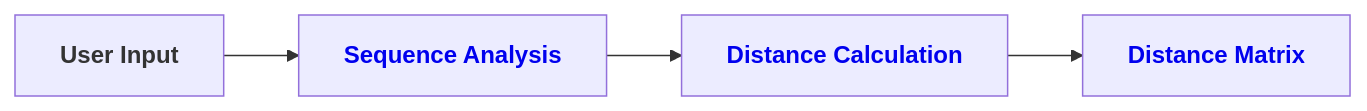
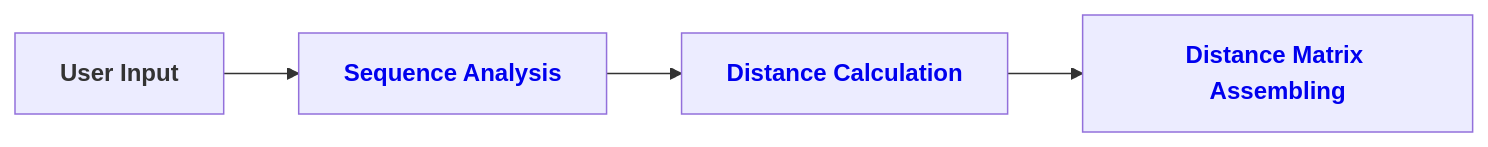
One commit to DiltheyLab/GENTRAIN changed the first of 2 diagrams in documentation/docs/developers/data_management.md. Above: the diagram before and after it, drawn with Mermaid. The commit also changed other lines of this file, not shown here.

````diff
--- a/documentation/docs/developers/data_management.md
+++ b/documentation/docs/developers/data_management.md
@@ -32,6 +44,6 @@
 ```mermaid
 graph LR
 A[<b>User Input</b>]-->B[<b><a href='#sequence-analysis' style="text-decoration: none;">Sequence Analysis</a></b>]
 B -->C[<b><a href='#distance-calculation' style="text-decoration: none;">Distance Calculation</a></b>]
-C -->D[<b><a href='#distance-matrix' style="text-decoration: none;">Distance Matrix</a></b>]
+C -->D[<b><a href='#distance-matrix' style="text-decoration: none;">Distance Matrix Assembling</a></b>]
 ```
````
